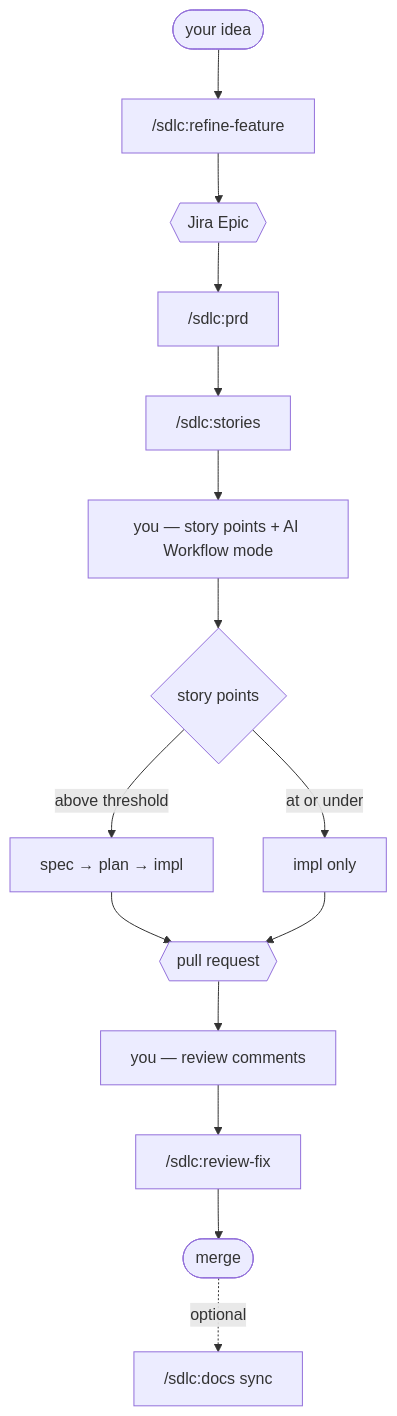
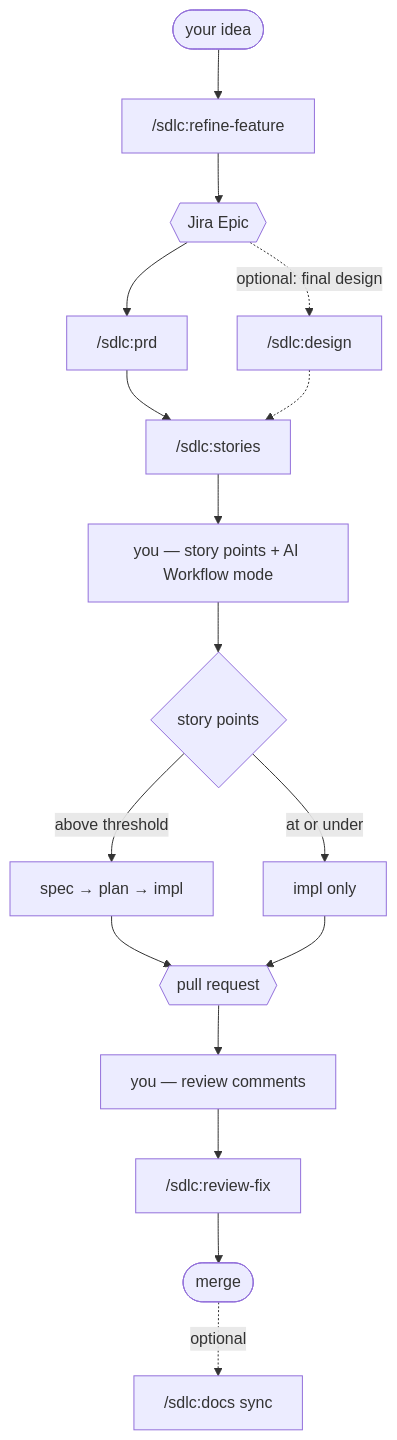
One commit to whimzyLive/nightshift-ai changed the diagram in README.md. Above: the diagram before and after it, drawn with Mermaid. The commit also changed other lines of this file and 3 other files, not shown here.

Commit message:
docs: document /sdlc:design and keep docs/design byte-faithful

````diff
--- a/README.md
+++ b/README.md
@@ -87,14 +87,15 @@
 ```mermaid
 flowchart TD
     I(["your idea"]) --> RF["/sdlc:refine-feature"] --> E{{"Jira Epic"}}
     E --> P["/sdlc:prd"] --> S["/sdlc:stories"]
+    E -. "optional: final design" .-> DS["/sdlc:design"] -.-> S
     S --> R["you — story points + AI Workflow mode"]
     R --> T{"story points"}
     T -- "above threshold" --> FULL["spec → plan → impl"]
     T -- "at or under" --> FAST["impl only"]
     FULL --> PR{{"pull request"}}
     FAST --> PR
     PR --> CM["you — review comments"] --> RX["/sdlc:review-fix"]
     RX --> MG(["merge"])
     MG -. optional .-> DX["/sdlc:docs sync"]
 ```
````
